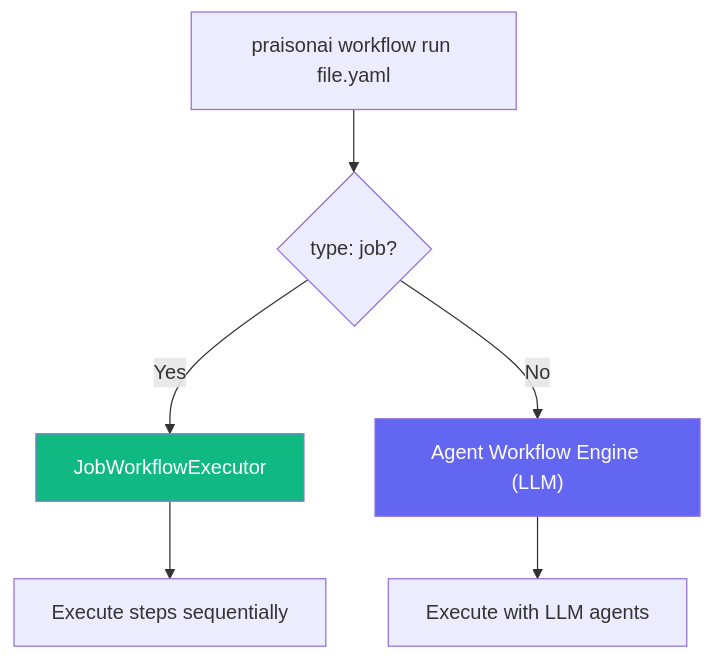
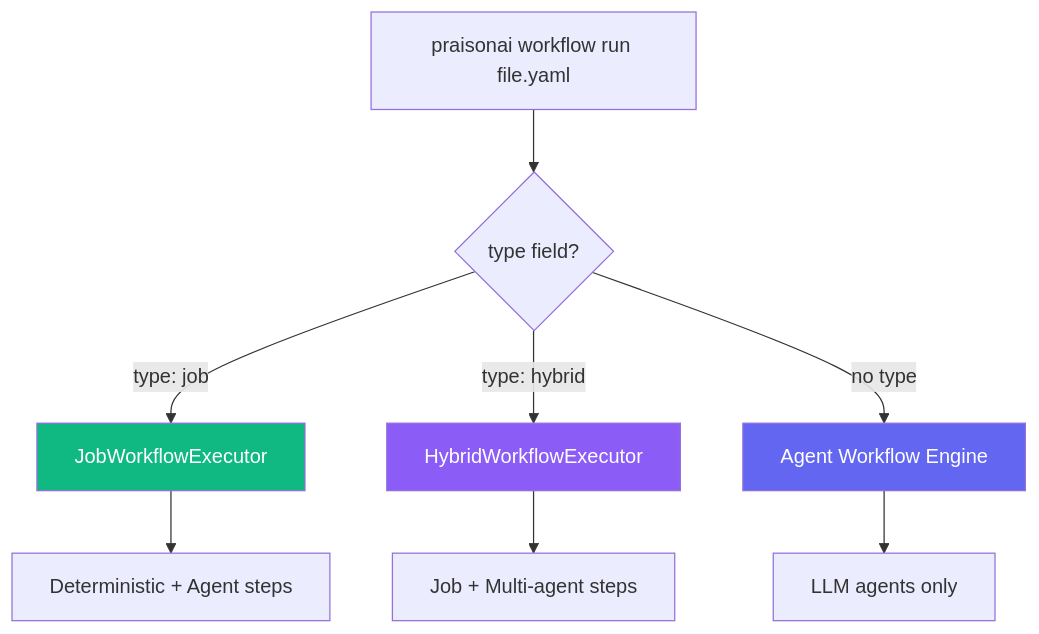
One commit to MervinPraison/PraisonAIDocs changed the diagram in docs/features/job-workflows.mdx. Above: the diagram before and after it, drawn with Mermaid. The commit also changed other lines of this file and 3 other files, not shown here.

````diff
--- a/docs/features/job-workflows.mdx
+++ b/docs/features/job-workflows.mdx
@@ -40,11 +40,14 @@
 ```mermaid
 flowchart TD
-    A["praisonai workflow run file.yaml"] --> B{"type: job?"}
-    B -->|Yes| C["JobWorkflowExecutor"]
-    B -->|No| D["Agent Workflow Engine (LLM)"]
-    C --> E["Execute steps sequentially"]
-    D --> F["Execute with LLM agents"]
+    A["praisonai workflow run file.yaml"] --> B{"type field?"}
+    B -->|"type: job"| C["JobWorkflowExecutor"]
+    B -->|"type: hybrid"| H["HybridWorkflowExecutor"]
+    B -->|"no type"| D["Agent Workflow Engine"]
+    C --> E["Deterministic + Agent steps"]
+    H --> F["Job + Multi-agent steps"]
+    D --> G["LLM agents only"]
 
     style C fill:#10B981,color:#fff
+    style H fill:#8B5CF6,color:#fff
     style D fill:#6366F1,color:#fff
 ```
````
